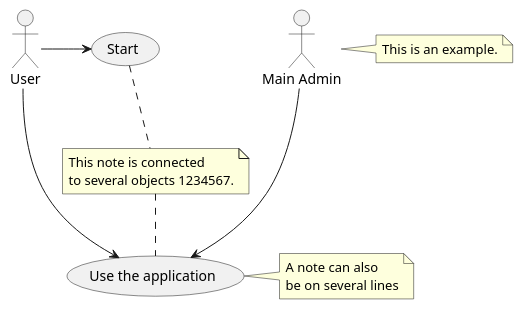
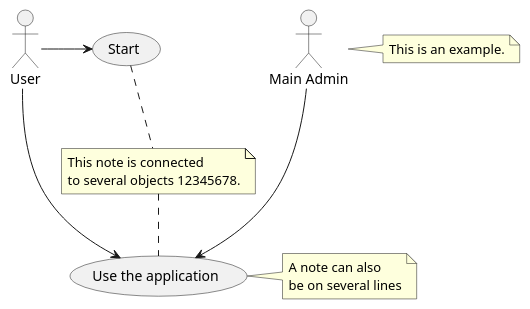
One commit to AKStratus/plantuml_diagrams changed the diagram in plant1.puml. Above: the diagram before and after it, drawn with PlantUML.

Commit message:
Update plant1.puml
ghj

```diff
--- a/plant1.puml
+++ b/plant1.puml
@@ -1,17 +1,17 @@
 @startuml
 
     :Main Admin: as Admin
     (Use the application) as (Use)
     User -> (Start)
     User --> (Use)
     Admin ---> (Use)
     note right of Admin : This is an example.
     note right of (Use)
     A note can also
     be on several lines
     end note
-    note "This note is connected\nto several objects 1234567." as N2
+    note "This note is connected\nto several objects 12345678." as N2
     (Start) .. N2
     N2 .. (Use)
 
     @enduml
```
